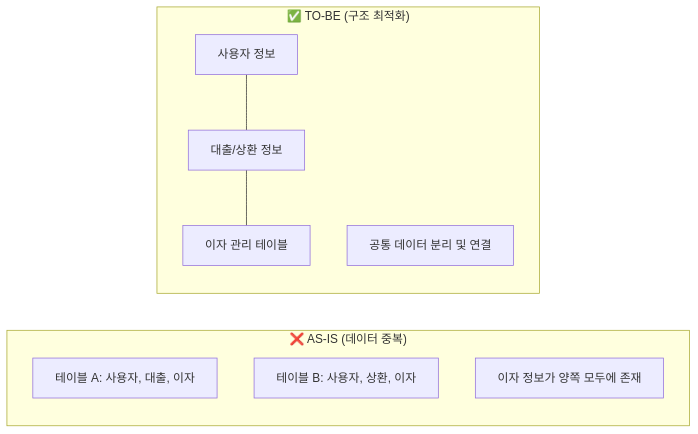
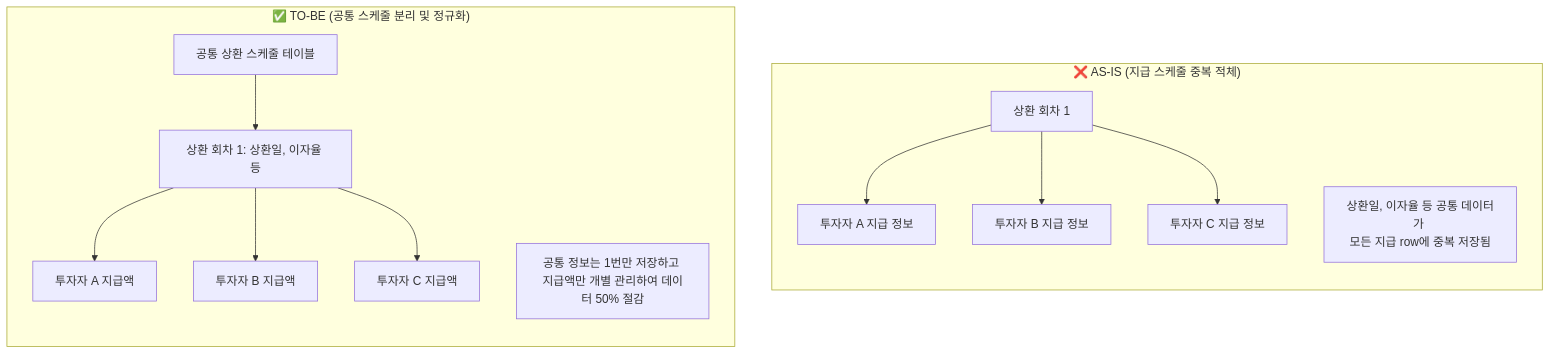
The diagram in troubleshooting/8percent_erd_optimization.md (muzzaiwork/candidate), drawn with Mermaid before and after one commit. The commit also changed other lines of this file, not shown here.

Commit message:
docs: 에잇퍼센트 P2P 상환/지급 구조 개선 상세 내용 및 도식화 추가

````diff
--- a/troubleshooting/8percent_erd_optimization.md
+++ b/troubleshooting/8percent_erd_optimization.md
@@ -17,17 +20,22 @@
 ```mermaid
-graph LR
-    subgraph "❌ AS-IS (데이터 중복)"
-        A[테이블 A: 사용자, 대출, 이자]
-        B[테이블 B: 사용자, 상환, 이자]
-        note1[이자 정보가 양쪽 모두에 존재]
+graph TD
+    subgraph "❌ AS-IS (지급 스케줄 중복 적체)"
+        direction TB
+        R1[상환 회차 1]
+        R1 --> P1[투자자 A 지급 정보]
+        R1 --> P2[투자자 B 지급 정보]
+        R1 --> P3[투자자 C 지급 정보]
+        note1[상환일, 이자율 등 공통 데이터가 <br/>모든 지급 row에 중복 저장됨]
     end
 
-    subgraph "✅ TO-BE (구조 최적화)"
-        C[사용자 정보]
-        D[대출/상환 정보]
-        E[이자 관리 테이블]
-        C --- D
-        D --- E
-        note2[공통 데이터 분리 및 연결]
+    subgraph "✅ TO-BE (공통 스케줄 분리 및 정규화)"
+        direction TB
+        RS[공통 상환 스케줄 테이블]
+        RS1[상환 회차 1: 상환일, 이자율 등]
+        RS --> RS1
+        RS1 --> PS1[투자자 A 지급액]
+        RS1 --> PS2[투자자 B 지급액]
+        RS1 --> PS3[투자자 C 지급액]
+        note2[공통 정보는 1번만 저장하고 <br/>지급액만 개별 관리하여 데이터 50% 절감]
     end
 ```
````
